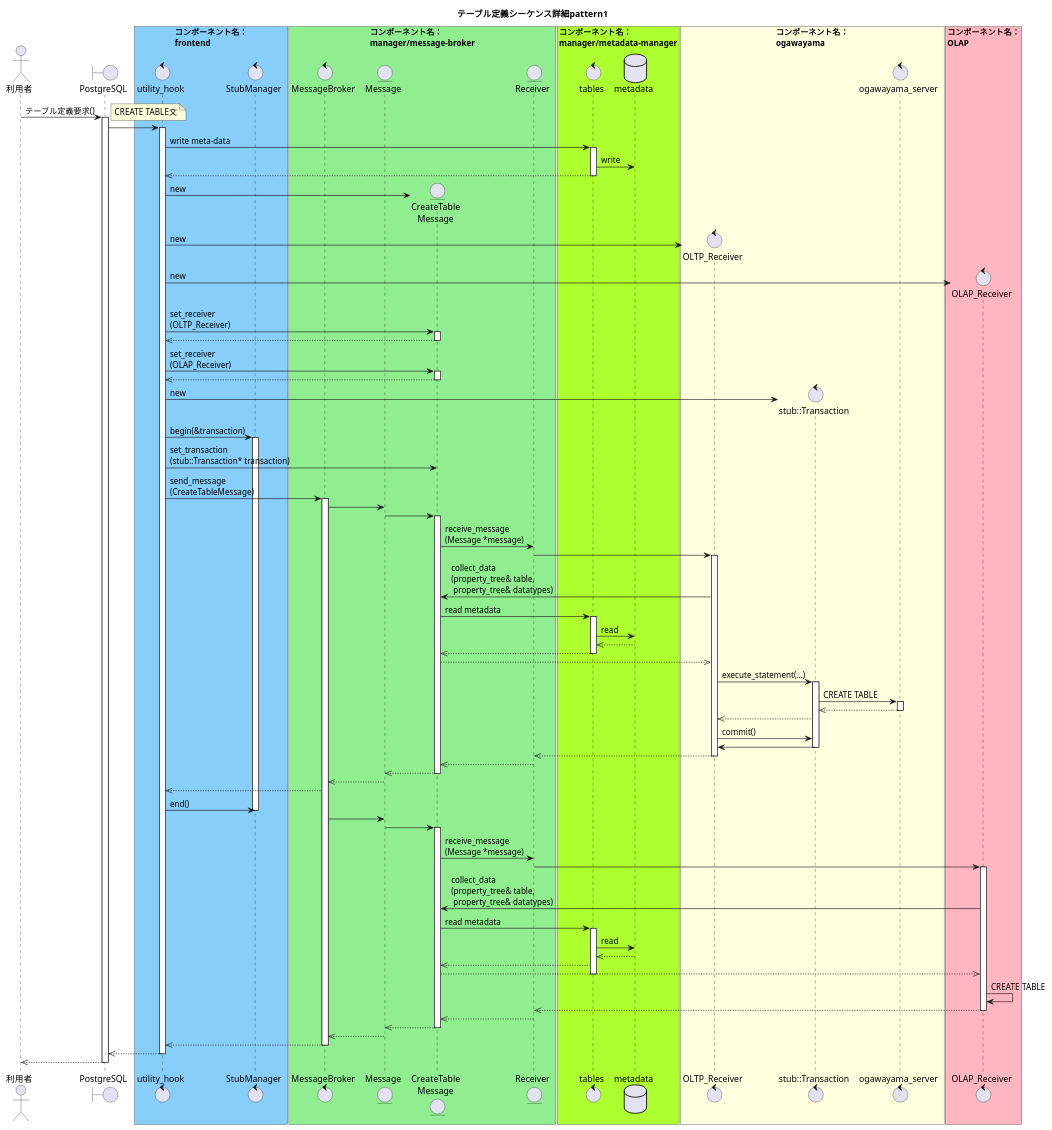
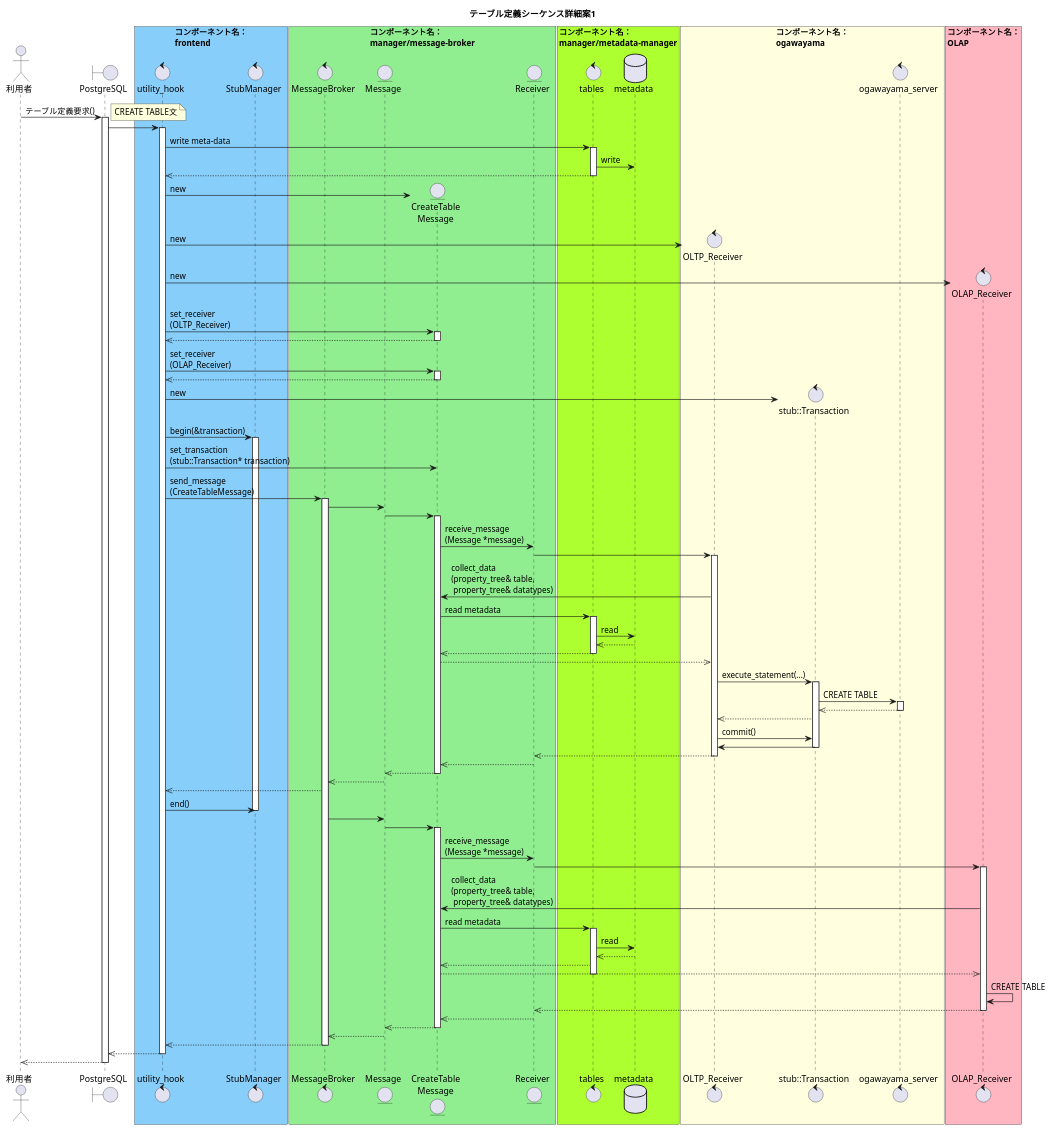
The first of 2 diagrams in docs/design/img/CREATE_TABLE_detail.pu (project-tsurugi/tsurugi_fdw), drawn with PlantUML before and after one commit. The commit also changed other lines of this file and 5 other files, not shown here.

```diff
--- a/docs/design/img/CREATE_TABLE_detail.pu
+++ b/docs/design/img/CREATE_TABLE_detail.pu
@@ -5,141 +5,141 @@
-@startuml テーブル定義シーケンス詳細pattern1
+@startuml テーブル定義シーケンス詳細案1
 
-title テーブル定義シーケンス詳細pattern1
+title テーブル定義シーケンス詳細案1
 
 actor 利用者
 boundary PostgreSQL
 
 box "コンポーネント名：\nfrontend" #LightSkyBlue
 control utility_hook
 control StubManager
 end box
 
 box "コンポーネント名：\nmanager/message-broker" #LightGreen
 control MessageBroker
 entity Message
 entity "CreateTable\nMessage" as concrete_message
 entity Receiver
 end box
 
 box "コンポーネント名：\nmanager/metadata-manager" #GreenYellow
 control tables
 database metadata
 end box
 
 box "コンポーネント名：\nogawayama" #LightYellow
 control "OLTP_Receiver" as oltp_receiver
 control "stub::Transaction" as tran
 control ogawayama_server
 end box
 
 box "コンポーネント名：\nOLAP" #LightPink
 control "OLAP_Receiver" as olap_receiver
 end box
 
 利用者 -> PostgreSQL : テーブル定義要求()
 activate PostgreSQL
 note right
 CREATE TABLE文
 end note
 
 PostgreSQL -> utility_hook
 activate utility_hook
   ' write meta-data
   utility_hook -> tables : write meta-data
   activate tables
     tables -> metadata : write
     utility_hook <<-- tables
   deactivate tables
 
   ' create objects
   create concrete_message
   utility_hook -> concrete_message : new
   create oltp_receiver
   utility_hook -> oltp_receiver : new
   create olap_receiver
   utility_hook -> olap_receiver : new
 
   ' set receiver
   utility_hook -> concrete_message : set_receiver\n(OLTP_Receiver)
   activate concrete_message
     utility_hook <<-- concrete_message
   deactivate concrete_message
   utility_hook -> concrete_message : set_receiver\n(OLAP_Receiver)
   activate concrete_message
     utility_hook <<-- concrete_message
   deactivate concrete_message
 
   ' begin transaction
   create tran
   utility_hook -> tran : new
   utility_hook -> StubManager : begin(&transaction)
   activate StubManager
   utility_hook -> concrete_message : set_transaction\n(stub::Transaction* transaction)
 
   ' send message to MessageBroker
   utility_hook -> MessageBroker : send_message\n(CreateTableMessage)
   activate MessageBroker
 
   ' execute command
   MessageBroker -> Message
   Message -> concrete_message
   activate concrete_message
     concrete_message -> Receiver : receive_message\n(Message *message)
     Receiver -> oltp_receiver
     activate oltp_receiver
       oltp_receiver -> concrete_message : collect_data\n(property_tree& table,\n property_tree& datatypes)
       concrete_message -> tables : read metadata
       activate tables
         tables -> metadata : read
         tables <<-- metadata
         concrete_message <<-- tables
       deactivate tables
       oltp_receiver <<-- concrete_message
       oltp_receiver -> tran : execute_statement(...)
       activate tran
         tran -> ogawayama_server : CREATE TABLE
           activate ogawayama_server
             tran <<-- ogawayama_server
           deactivate ogawayama_server
         oltp_receiver <<-- tran
         oltp_receiver -> tran : commit()
         tran -> oltp_receiver
       deactivate tran
     Receiver <<-- oltp_receiver
     deactivate oltp_receiver
     concrete_message <<-- Receiver
   Message <<-- concrete_message
   deactivate concrete_message
   MessageBroker <<-- Message
   utility_hook <<-- MessageBroker
   utility_hook -> StubManager : end()
   deactivate StubManager
   MessageBroker -> Message
   Message -> concrete_message
   activate concrete_message
     concrete_message -> Receiver : receive_message\n(Message *message)
     Receiver -> olap_receiver
     activate olap_receiver
       olap_receiver -> concrete_message : collect_data\n(property_tree& table,\n property_tree& datatypes)
       concrete_message -> tables : read metadata
       activate tables
         tables -> metadata : read
         tables <<-- metadata
         concrete_message <<-- tables
         olap_receiver <<-- concrete_message
       deactivate tables
       olap_receiver -> olap_receiver : CREATE TABLE
       Receiver <<-- olap_receiver
       deactivate olap_receiver
       concrete_message <<-- Receiver
   Message <<-- concrete_message
   deactivate concrete_message
   MessageBroker <<-- Message
   utility_hook <<-- MessageBroker
   deactivate MessageBroker
 PostgreSQL <<-- utility_hook
 deactivate utility_hook
 利用者 <<-- PostgreSQL
 deactivate PostgreSQL
 
 @enduml
```
